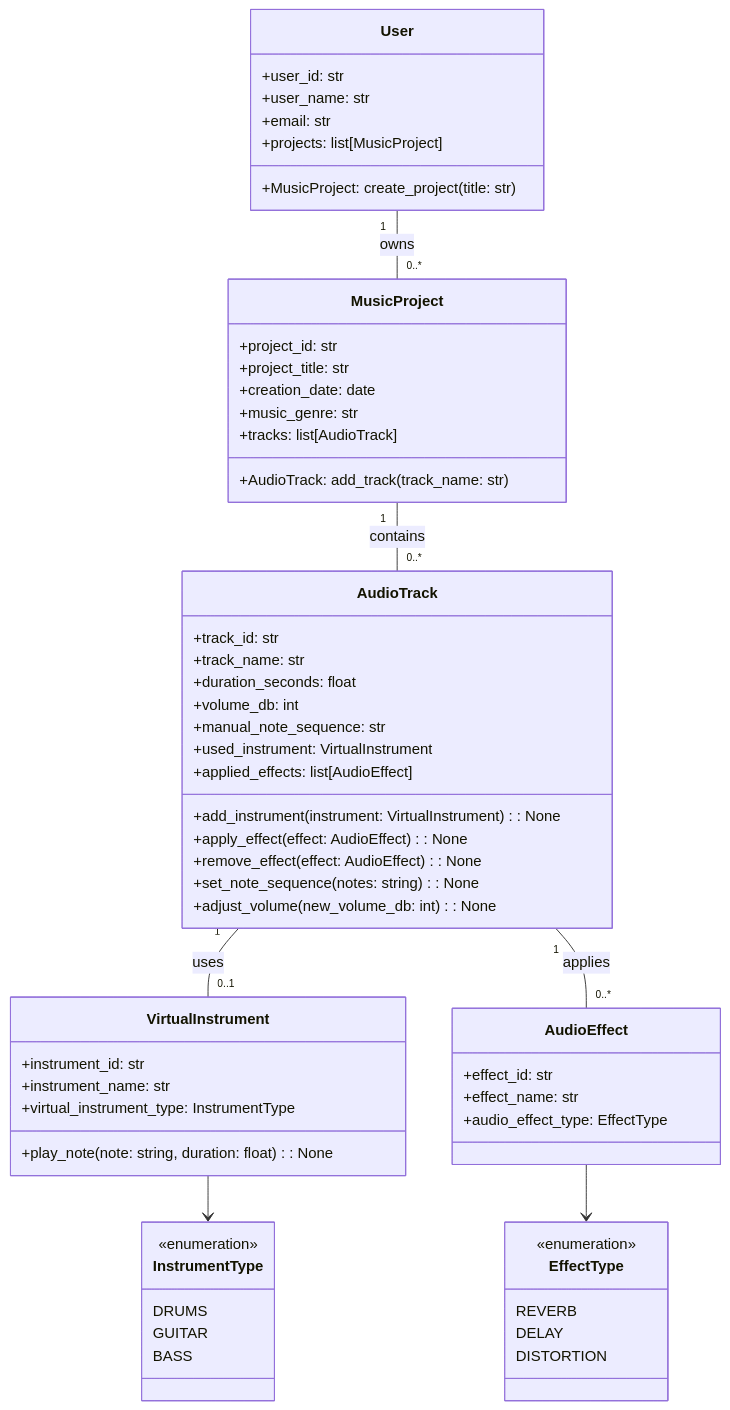
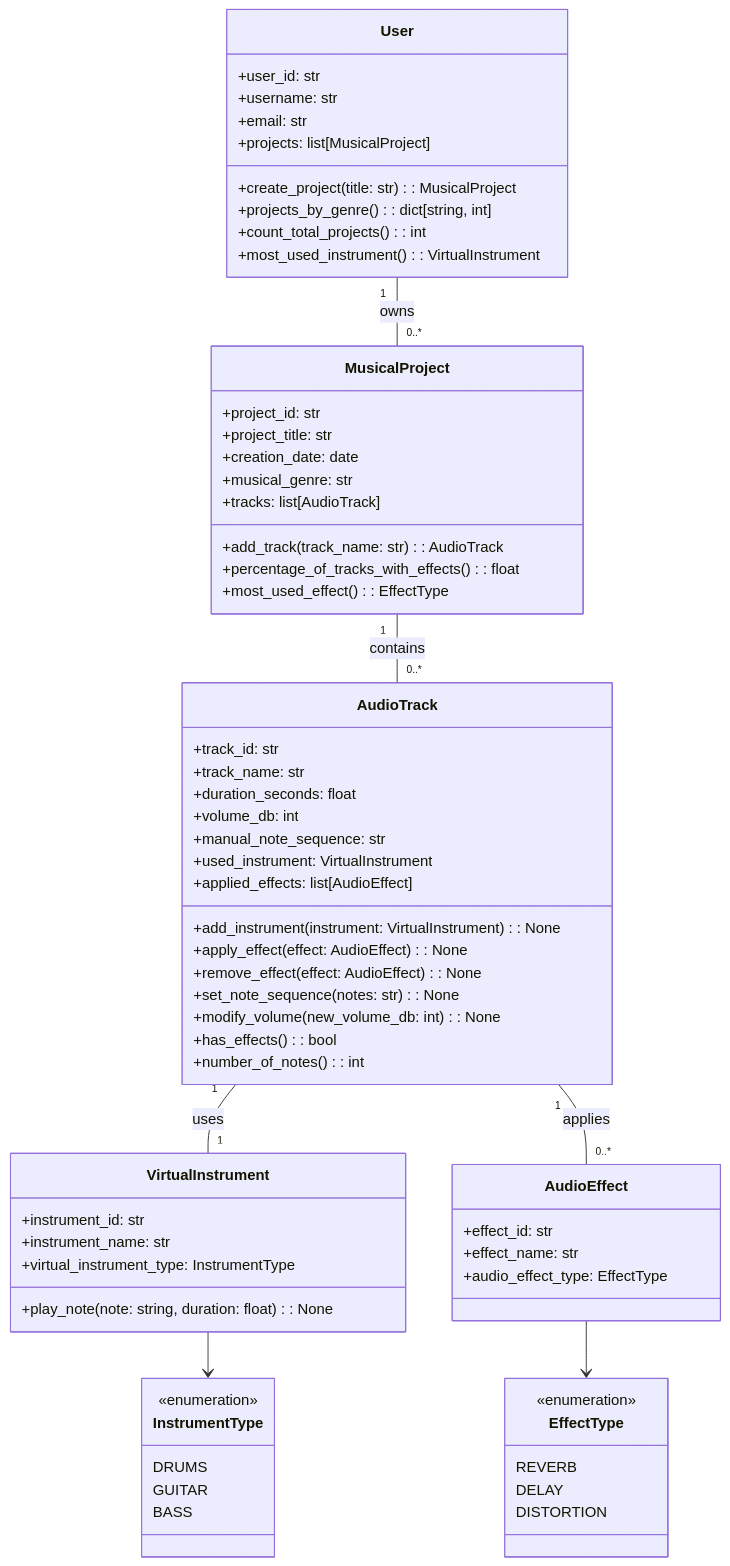
Before and after one commit to LucaPontellini/Homepage: the diagram in Computer_science/New_Python_exercises/Exercises_with_MarmaidJS/Pontellini_034.mmd, drawn with Mermaid. The commit also changed 1 other file, not shown here.

```diff
--- a/Computer_science/New_Python_exercises/Exercises_with_MarmaidJS/Pontellini_034.mmd
+++ b/Computer_science/New_Python_exercises/Exercises_with_MarmaidJS/Pontellini_034.mmd
@@ -1,66 +1,73 @@
 classDiagram
     class User {
         +user_id: str
-        +user_name: str
+        +username: str
         +email: str
-        +projects: list[MusicProject]
-        +MusicProject: create_project(title: str)
+        +projects: list[MusicalProject] 
+        +create_project(title: str): MusicalProject
+        +projects_by_genre(): dict[string, int]
+        +count_total_projects(): int
+        +most_used_instrument(): VirtualInstrument
     }
 
-    class MusicProject {
+    class MusicalProject {
         +project_id: str
         +project_title: str
-        +creation_date: date
-        +music_genre: str
+        +creation_date: date 
+        +musical_genre: str
         +tracks: list[AudioTrack]
-        +AudioTrack: add_track(track_name: str)
+        +add_track(track_name: str): AudioTrack
+        +percentage_of_tracks_with_effects(): float
+        +most_used_effect(): EffectType
     }
 
     class AudioTrack {
         +track_id: str
         +track_name: str
         +duration_seconds: float
         +volume_db: int
         +manual_note_sequence: str
-        +used_instrument: VirtualInstrument
-        +applied_effects: list[AudioEffect]
+        +used_instrument: VirtualInstrument 
+        +applied_effects: list[AudioEffect] 
         +add_instrument(instrument: VirtualInstrument): None
         +apply_effect(effect: AudioEffect): None
         +remove_effect(effect: AudioEffect): None
-        +set_note_sequence(notes: string): None
-        +adjust_volume(new_volume_db: int): None
+        +set_note_sequence(notes: str): None
+        +modify_volume(new_volume_db: int): None
+        +has_effects(): bool
+        +number_of_notes(): int
     }
 
     class VirtualInstrument {
         +instrument_id: str
         +instrument_name: str
         +virtual_instrument_type: InstrumentType
         +play_note(note: string, duration: float): None
     }
 
     class AudioEffect {
         +effect_id: str
         +effect_name: str
         +audio_effect_type: EffectType
     }
 
     class InstrumentType {
         <<enumeration>>
         DRUMS
         GUITAR
         BASS
     }
 
     class EffectType {
         <<enumeration>>
         REVERB
         DELAY
         DISTORTION
     }
 
-    User "1" -- "0..*" MusicProject : owns
-    MusicProject "1" -- "0..*" AudioTrack : contains
-    AudioTrack "1" -- "0..1" VirtualInstrument : uses
+    User "1" -- "0..*" MusicalProject : owns
+    MusicalProject "1" -- "0..*" AudioTrack : contains
+    AudioTrack "1" -- "1" VirtualInstrument : uses
     AudioTrack "1" -- "0..*" AudioEffect : applies
     VirtualInstrument --> InstrumentType
     AudioEffect --> EffectType
```
